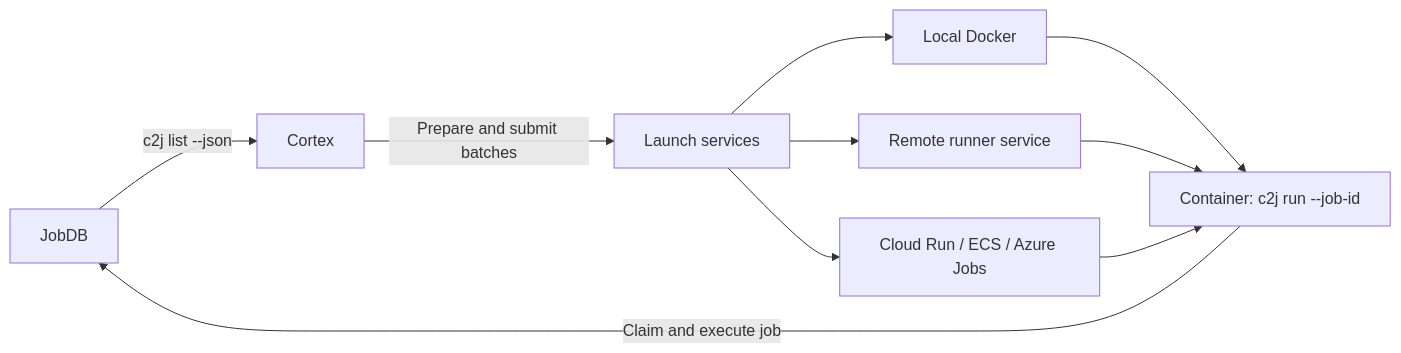
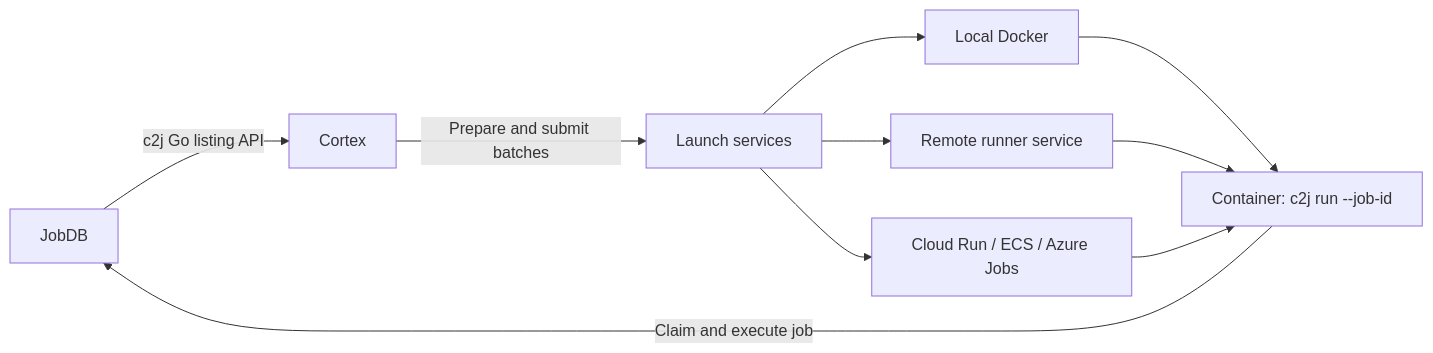
The diagram in README.md (colony-2/pulse), drawn with Mermaid before and after one commit. The commit also changed other lines of this file and 5 other files, not shown here.

````diff
--- a/README.md
+++ b/README.md
@@ -11,10 +11,10 @@
 ```mermaid
 flowchart LR
-    J[JobDB] -->|c2j list --json| C[Cortex]
+    J[JobDB] -->|c2j Go listing API| C[Cortex]
     C -->|Prepare and submit batches| P[Launch services]
     P --> D[Local Docker]
     P --> R[Remote runner service]
     P --> G[Cloud Run / ECS / Azure Jobs]
     D & R & G --> E[Container: c2j run --job-id]
     E -->|Claim and execute job| J
 ```
````
